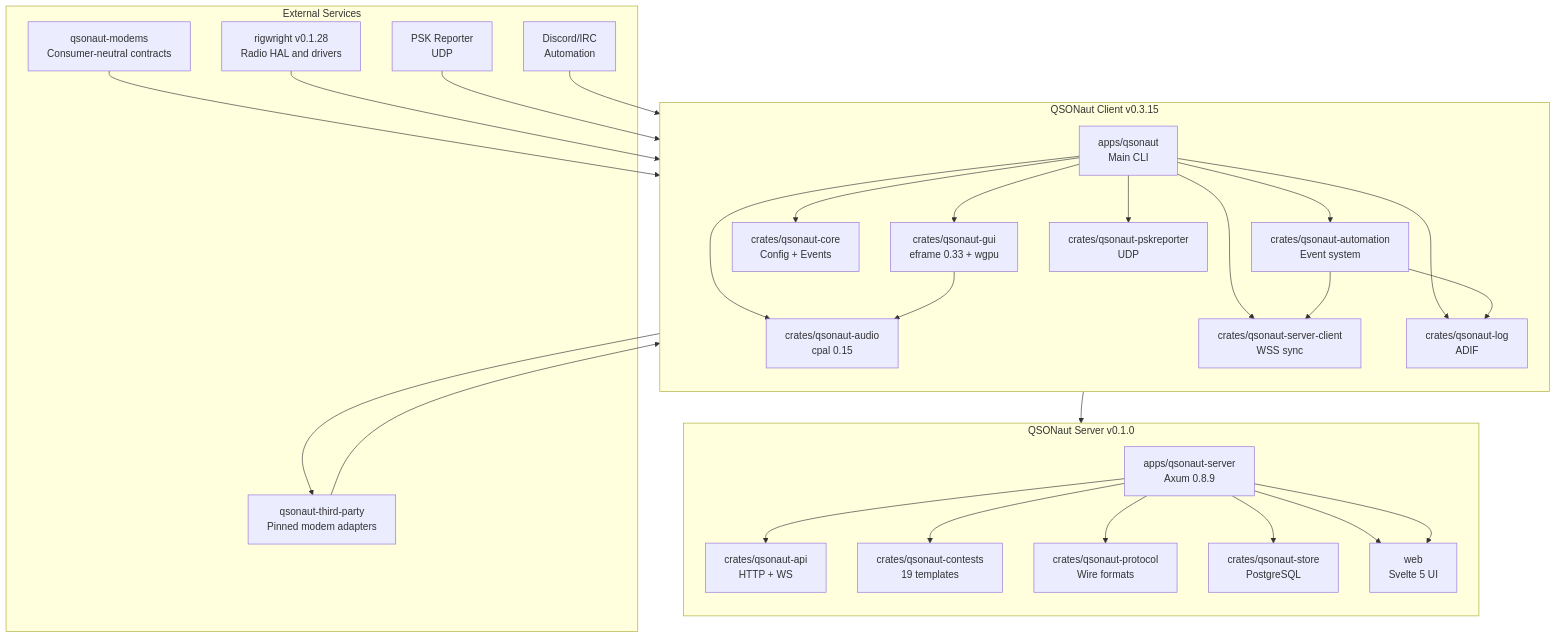
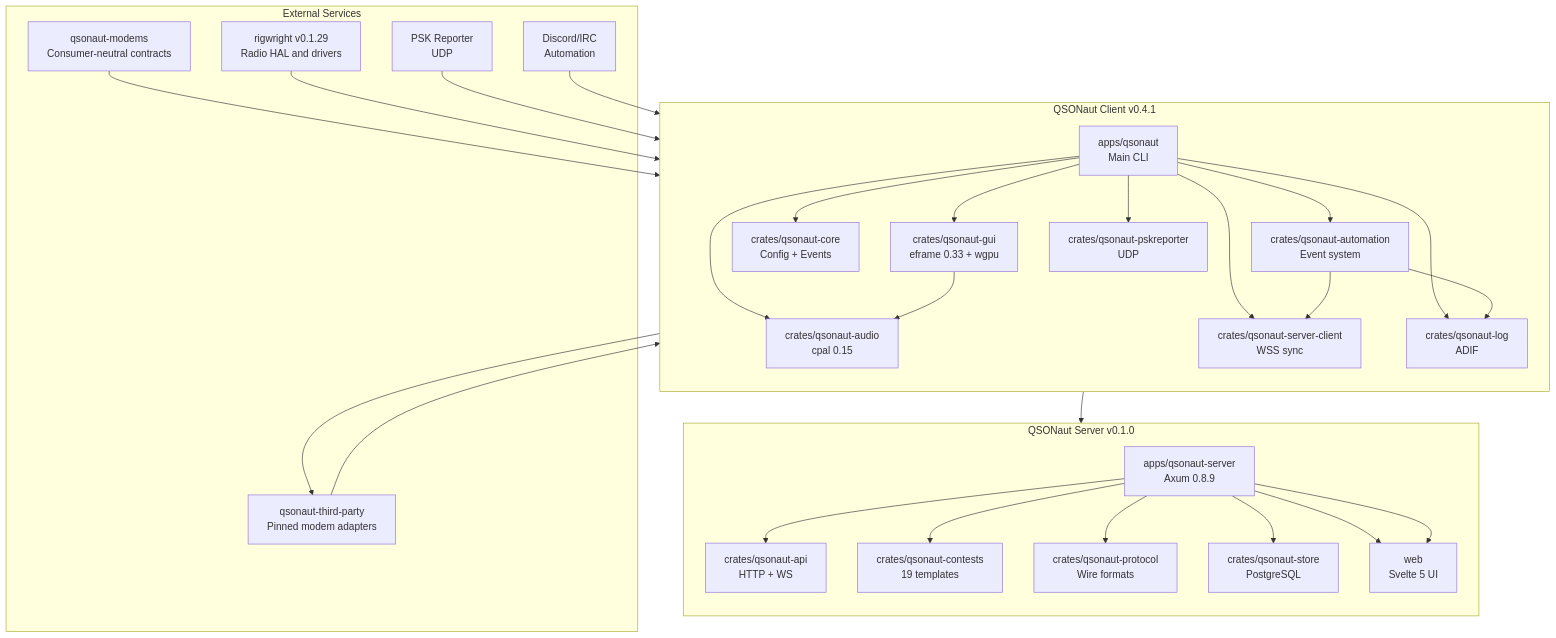
The first of 6 diagrams in docs/ARCHITECTURE.md (nicksbar/QSONaut), drawn with Mermaid before and after one commit. The commit also changed other lines of this file and 15 other files, not shown here.

````diff
--- a/docs/ARCHITECTURE.md
+++ b/docs/ARCHITECTURE.md
@@ -5,45 +5,45 @@
 ```mermaid
 graph TB
-    subgraph QSONaut_Client["QSONaut Client v0.3.15"]
+    subgraph QSONaut_Client["QSONaut Client v0.4.1"]
         direction TB
         A[apps/qsonaut<br/>Main CLI]
         A --> B[crates/qsonaut-gui<br/>eframe 0.33 + wgpu]
         A --> C[crates/qsonaut-core<br/>Config + Events]
         A --> F[crates/qsonaut-audio<br/>cpal 0.15]
         A --> G[crates/qsonaut-automation<br/>Event system]
         A --> H[crates/qsonaut-server-client<br/>WSS sync]
         A --> I[crates/qsonaut-log<br/>ADIF]
         A --> J[crates/qsonaut-pskreporter<br/>UDP]
         
         B --> F
         G --> H
         G --> I
     end
     
     subgraph QSONaut_Server["QSONaut Server v0.1.0"]
         direction TB
         K[apps/qsonaut-server<br/>Axum 0.8.9]
         K --> L[crates/qsonaut-api<br/>HTTP + WS]
         K --> M[crates/qsonaut-contests<br/>19 templates]
         K --> N[crates/qsonaut-protocol<br/>Wire formats]
         K --> O[crates/qsonaut-store<br/>PostgreSQL]
         K --> P[web<br/>Svelte 5 UI]
     end
     
     subgraph External["External Services"]
         Q[qsonaut-third-party<br/>Pinned modem adapters]
         U[qsonaut-modems<br/>Consumer-neutral contracts]
-        R[rigwright v0.1.28<br/>Radio HAL and drivers]
+        R[rigwright v0.1.29<br/>Radio HAL and drivers]
         S[PSK Reporter<br/>UDP]
         T[Discord/IRC<br/>Automation]
     end
     
     Q --> B
     U --> B
     F --> Q
     R --> A
     S --> I
     T --> G
     H --> K
     K --> P
 ```
````
